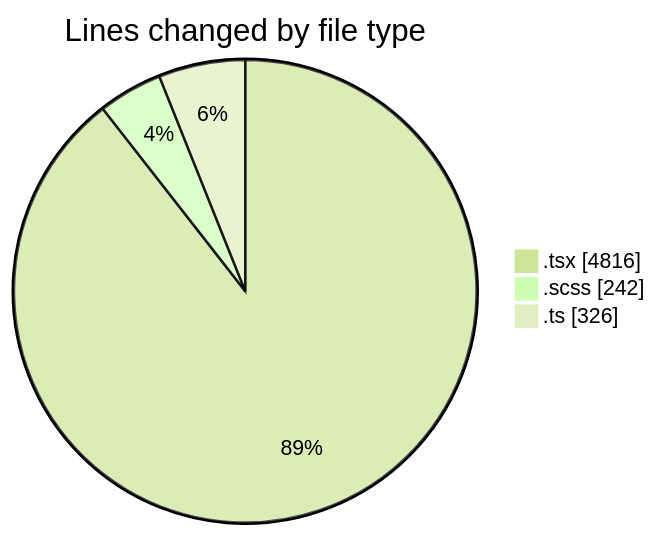
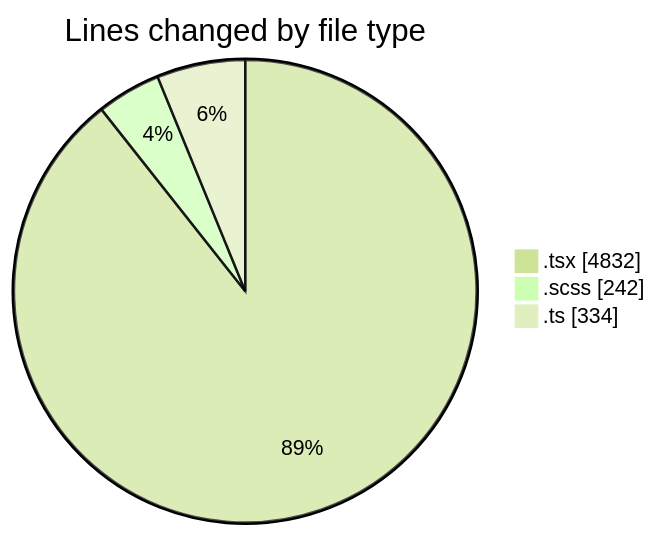
The first of 2 diagrams in 2025-07-03/cda/README.md (momahboobian/code-tracking), drawn with Mermaid (forest theme) before and after one commit. The commit also changed other lines of this file and 1 other file, not shown here.

````diff
--- a/2025-07-03/cda/README.md
+++ b/2025-07-03/cda/README.md
@@ -38,7 +38,7 @@
 ```mermaid
 pie showData
 title Lines changed by file type
-".tsx" : 4816
+".tsx" : 4832
 ".scss" : 242
-".ts" : 326
+".ts" : 334
 ```
````
